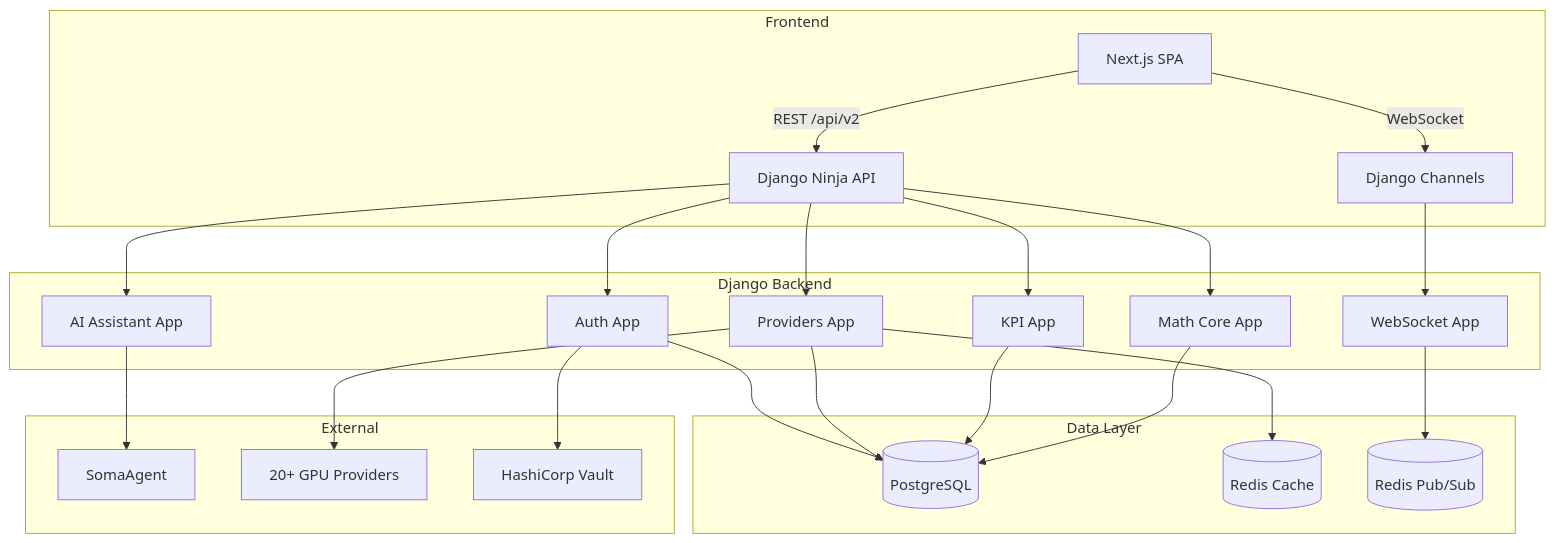
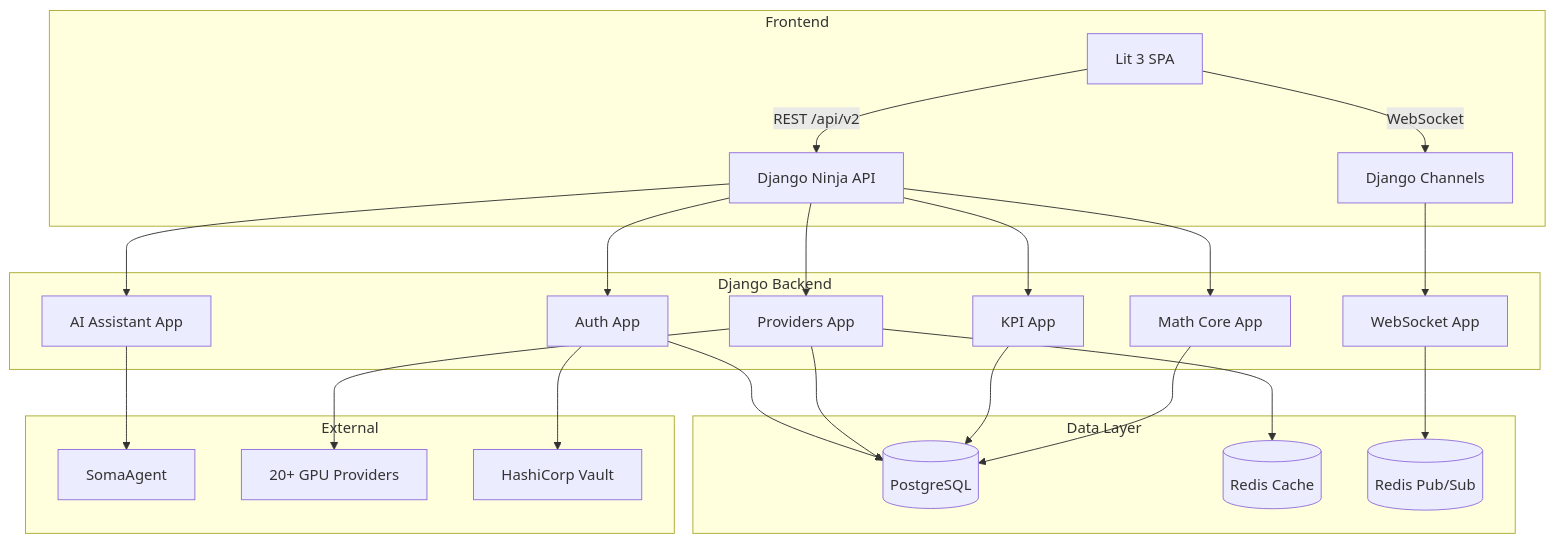
One commit to somatechlat/gpubroker changed the diagram in docs/srs/SRS-Django5.md. Above: the diagram before and after it, drawn with Mermaid. The commit also changed other lines of this file and 1885 other files, not shown here.

````diff
--- a/docs/srs/SRS-Django5.md
+++ b/docs/srs/SRS-Django5.md
@@ -678,31 +678,31 @@
 ```mermaid
 graph TD
     subgraph Frontend
-        UI[Next.js SPA] -->|REST /api/v2| GW[Django Ninja API]
+        UI[Lit 3 SPA] -->|REST /api/v2| GW[Django Ninja API]
         UI -->|WebSocket| WS[Django Channels]
     end
     
     subgraph Django Backend
         GW --> Auth[Auth App]
         GW --> Prov[Providers App]
         GW --> KPI[KPI App]
         GW --> Math[Math Core App]
         GW --> AI[AI Assistant App]
         WS --> WSApp[WebSocket App]
     end
     
     subgraph Data Layer
         Auth --> PG[(PostgreSQL)]
         Prov --> PG
         Prov --> Redis[(Redis Cache)]
         KPI --> PG
         Math --> PG
         WSApp --> RedisPubSub[(Redis Pub/Sub)]
     end
     
     subgraph External
         AI --> Soma[SomaAgent]
         Prov --> Providers[20+ GPU Providers]
         Auth --> Vault[HashiCorp Vault]
     end
 ```
````
